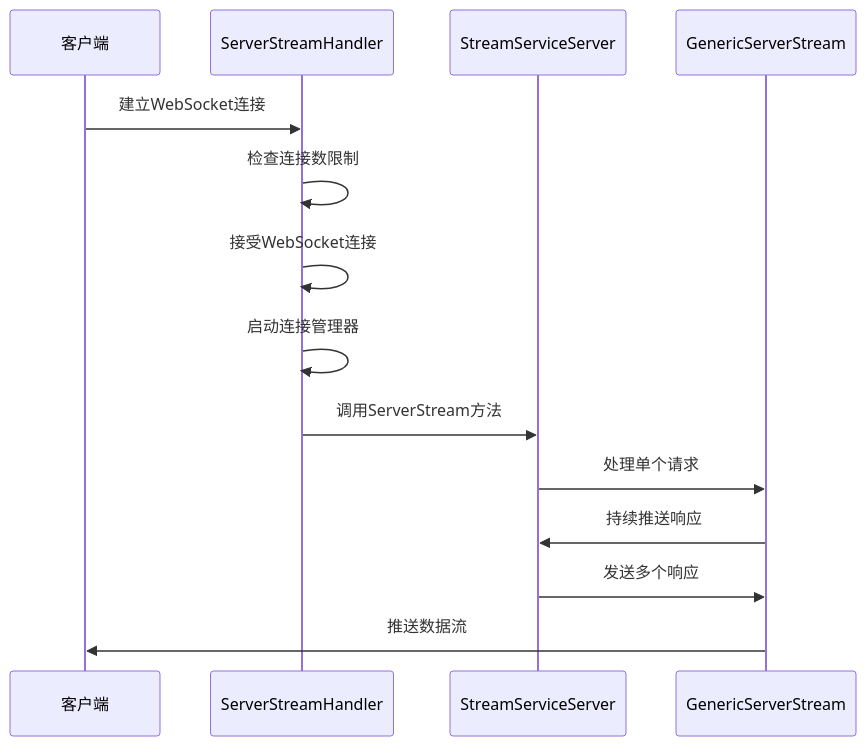
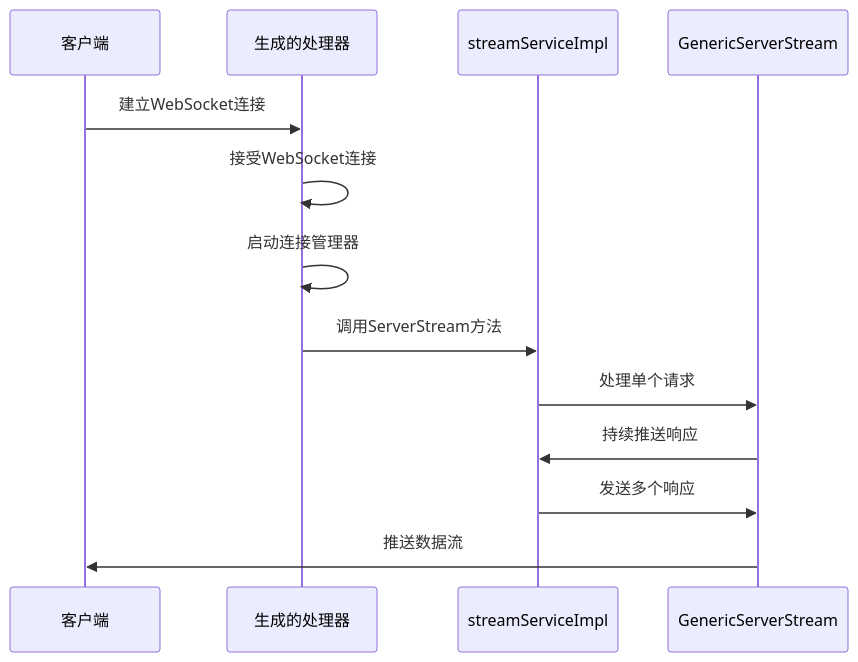
One commit to soyacen/goose changed diagram 13 of 15 in .agents/repowiki/zh/content/示例和最佳实践/WebSocket流式系统.md. Above: the diagram before and after it, drawn with Mermaid. The commit also changed other lines of this file and 4 other files, not shown here.

````diff
--- a/.agents/repowiki/zh/content/示例和最佳实践/WebSocket流式系统.md
+++ b/.agents/repowiki/zh/content/示例和最佳实践/WebSocket流式系统.md
@@ -533,16 +483,15 @@
 ```mermaid
 sequenceDiagram
 participant Client as 客户端
-participant Handler as ServerStreamHandler
-participant Service as StreamServiceServer
+participant Handler as 生成的处理器
+participant Service as streamServiceImpl
 participant Stream as GenericServerStream
 Client->>Handler : 建立WebSocket连接
-Handler->>Handler : 检查连接数限制
 Handler->>Handler : 接受WebSocket连接
 Handler->>Handler : 启动连接管理器
 Handler->>Service : 调用ServerStream方法
 Service->>Stream : 处理单个请求
 Stream->>Service : 持续推送响应
 Service->>Stream : 发送多个响应
 Stream->>Client : 推送数据流
 ```
````
